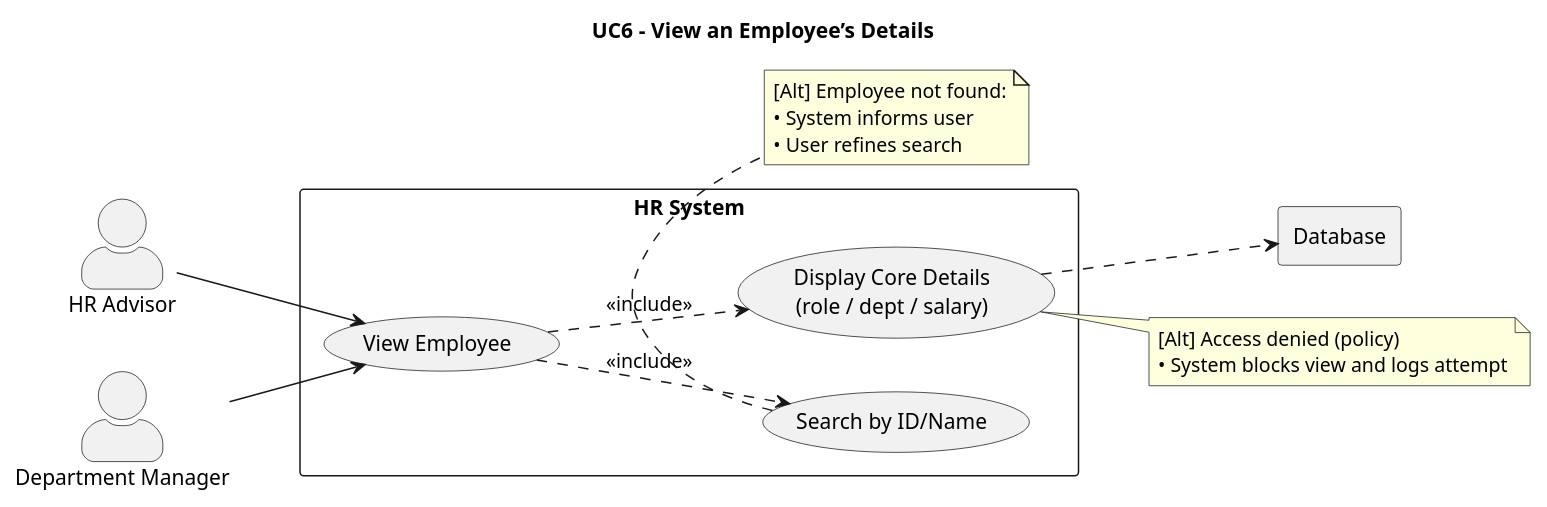
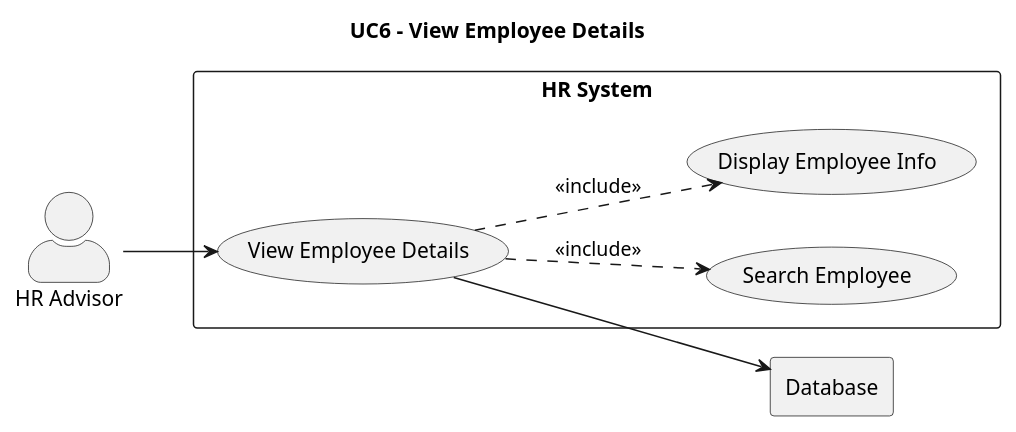
Before and after one commit to DuncanSamson/sem: the diagram in use-cases/use-case-diagram/use-case6-diagram.puml, drawn with PlantUML.

Commit message:
Added use-case6-diagram for view employee feature

```diff
--- a/use-cases/use-case-diagram/use-case6-diagram.puml
+++ b/use-cases/use-case-diagram/use-case6-diagram.puml
@@ -1,42 +1,19 @@
 @startuml
-title UC6 – View an Employee’s Details
+title UC6 – View Employee Details
 left to right direction
 skinparam actorStyle awesome
 
-' Actors
 actor HR as "HR Advisor"
-actor DM as "Department Manager"
 
-' External system
 rectangle Database
-
-' System boundary
 rectangle "HR System" {
-  usecase UC6 as "View Employee"
-  usecase UC_Search as "Search by ID/Name"
-  usecase UC_Show as "Display Core Details\n(role / dept / salary)"
+  usecase UC6 as "View Employee Details"
+  usecase UC_Search as "Search Employee"
+  usecase UC_Display as "Display Employee Info"
 }
 
-' Interactions
 HR --> UC6
-DM --> UC6
-
-' Flow decomposition
 UC6 ..> UC_Search : <<include>>
-UC6 ..> UC_Show   : <<include>>
-
-' Data access
-UC_Show ..> Database
-
-' Extensions (notes)
-note bottom of UC_Search
-[Alt] Employee not found:
-• System informs user
-• User refines search
-end note
-
-note right of UC_Show
-[Alt] Access denied (policy)
-• System blocks view and logs attempt
-end note
+UC6 ..> UC_Display : <<include>>
+UC6 --> Database
 @enduml
```
